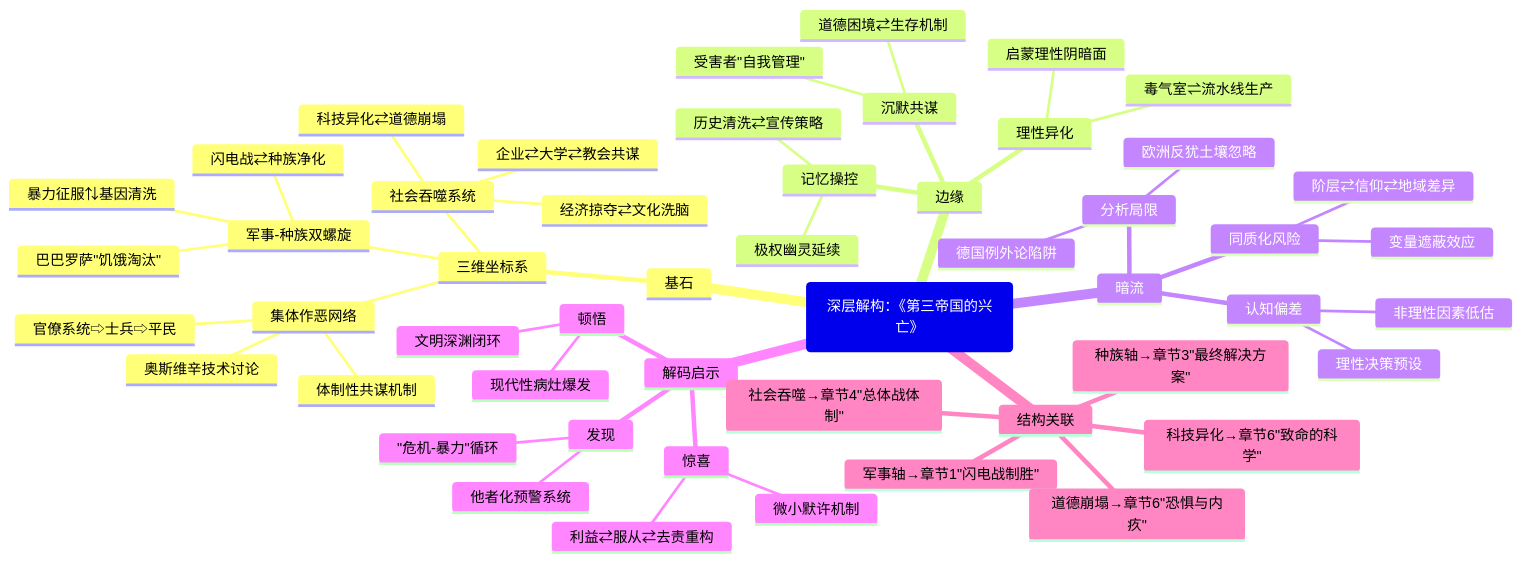
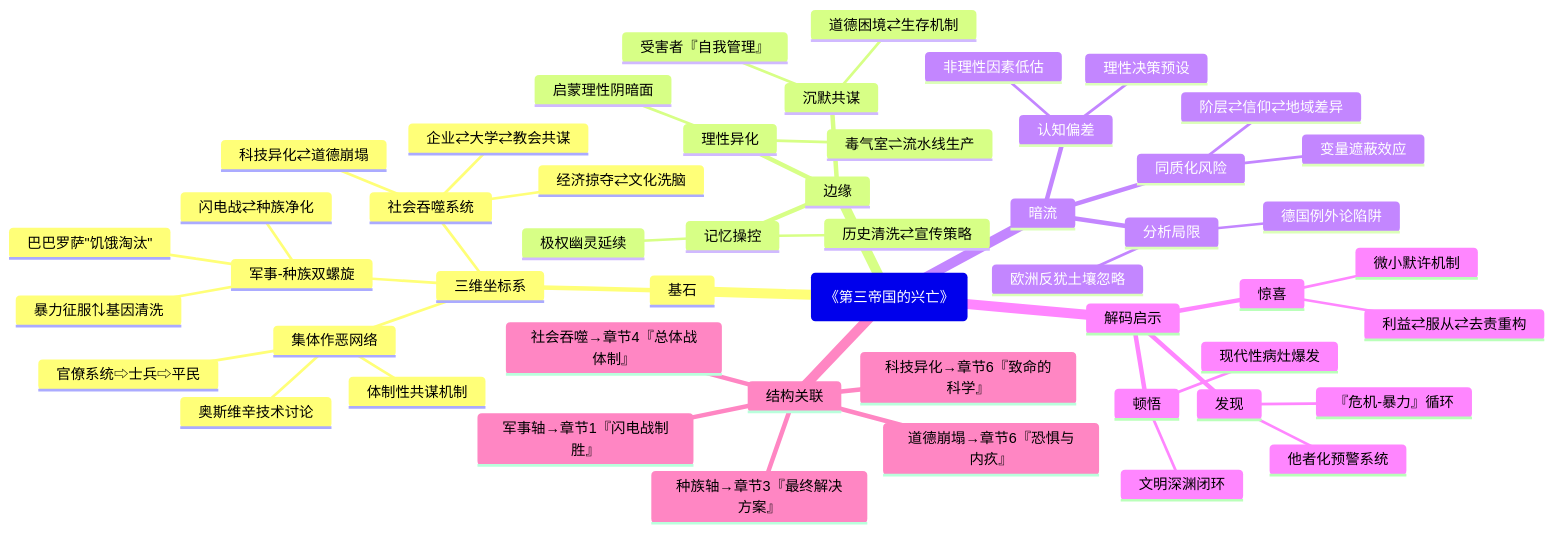
Before and after one commit to funloss/funKnowledge: the diagram in 读书/世界历史/第三帝国三部曲/战时的第三帝国.md, drawn with Mermaid. The commit also changed 74 other files, not shown here.

````diff
--- a/读书/世界历史/第三帝国三部曲/战时的第三帝国.md
+++ b/读书/世界历史/第三帝国三部曲/战时的第三帝国.md
@@ -2,54 +2,54 @@
 ```mermaid
 mindmap
-  root(深层解构：《第三帝国的兴亡》)
+  root(《第三帝国的兴亡》)
     基石
       三维坐标系
         军事-种族双螺旋
           闪电战⇄种族净化
           暴力征服⇅基因清洗
           巴巴罗萨"饥饿淘汰"
         集体作恶网络
           官僚系统⇨士兵⇨平民
           奥斯维辛技术讨论
           体制性共谋机制
         社会吞噬系统
           经济掠夺⇄文化洗脑
           科技异化⇄道德崩塌
           企业⇄大学⇄教会共谋
     边缘
       沉默共谋
-        受害者"自我管理"
+        受害者『自我管理』
         道德困境⇄生存机制
       理性异化
         毒气室⇌流水线生产
         启蒙理性阴暗面
       记忆操控
         历史清洗⇄宣传策略
         极权幽灵延续
     暗流
       分析局限
         德国例外论陷阱
         欧洲反犹土壤忽略
       认知偏差
         理性决策预设
         非理性因素低估
       同质化风险
         阶层⇄信仰⇄地域差异
         变量遮蔽效应
     解码启示
       顿悟
         现代性病灶爆发
         文明深渊闭环
       惊喜
         利益⇄服从⇄去责重构
         微小默许机制
       发现
-        "危机-暴力"循环
+        『危机-暴力』循环
         他者化预警系统
     结构关联
-      军事轴→章节1"闪电战制胜"
-      种族轴→章节3"最终解决方案"
-      社会吞噬→章节4"总体战体制"
-      道德崩塌→章节6"恐惧与内疚"
-      科技异化→章节6"致命的科学"
+      军事轴→章节1『闪电战制胜』
+      种族轴→章节3『最终解决方案』
+      社会吞噬→章节4『总体战体制』
+      道德崩塌→章节6『恐惧与内疚』
+      科技异化→章节6『致命的科学』
 ``` 
````
